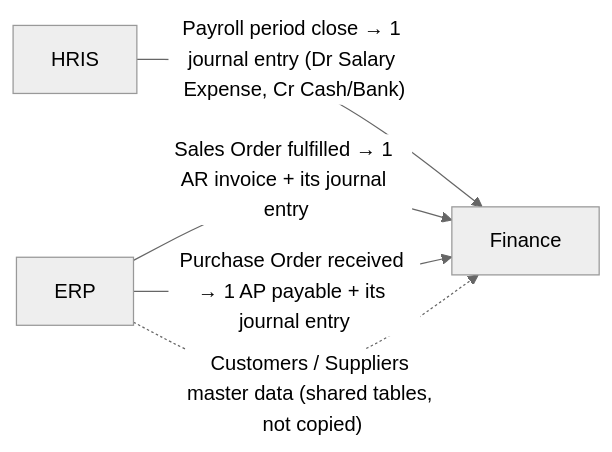
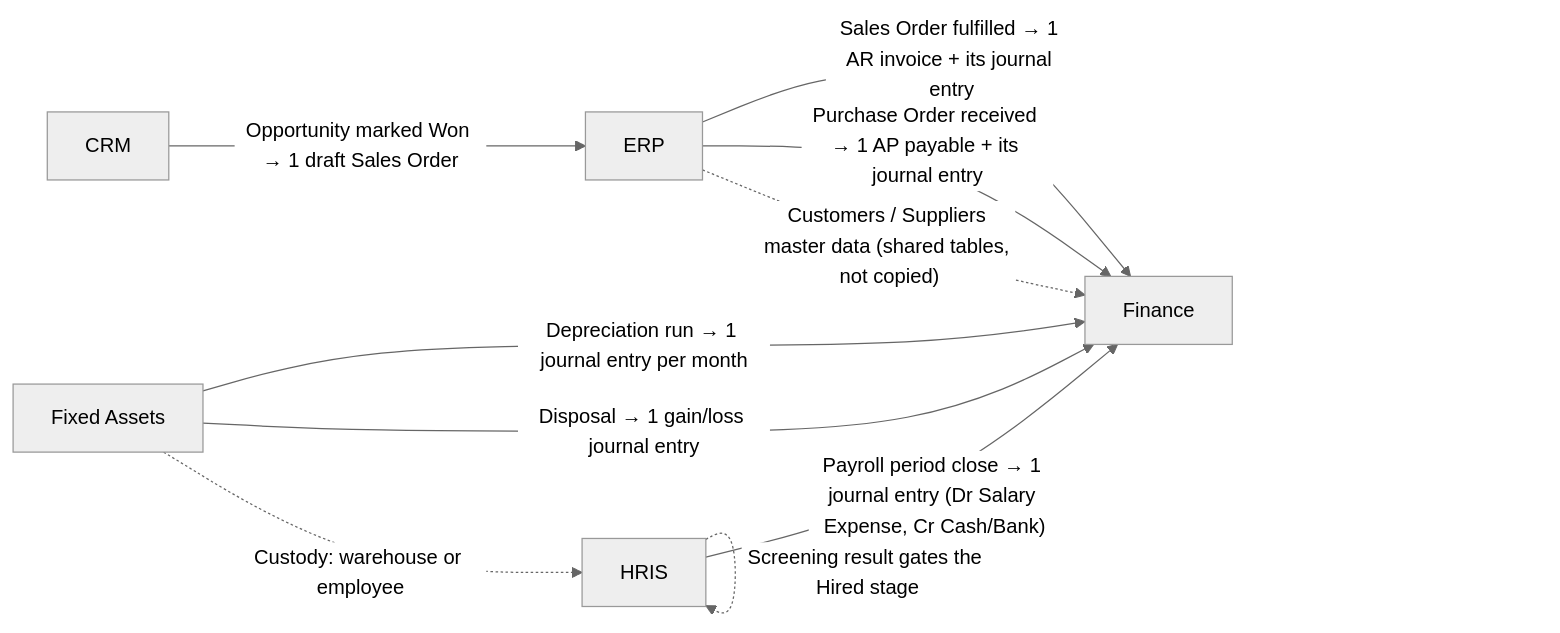
The first of 8 diagrams in docs/business-process.md (NanaBanana14/management-enterprise), drawn with Mermaid (neutral theme) before and after one commit. The commit also changed other lines of this file and 4 other files, not shown here.

````diff
--- a/docs/business-process.md
+++ b/docs/business-process.md
@@ -22,11 +25,18 @@
 ```mermaid
 flowchart LR
     HRIS[HRIS]
     ERP[ERP]
     FIN[Finance]
+    CRM[CRM]
+    ASSETS[Fixed Assets]
 
     HRIS -->|"Payroll period close → 1 journal entry (Dr Salary Expense, Cr Cash/Bank)"| FIN
     ERP -->|"Sales Order fulfilled → 1 AR invoice + its journal entry"| FIN
     ERP -->|"Purchase Order received → 1 AP payable + its journal entry"| FIN
     ERP -.->|"Customers / Suppliers master data (shared tables, not copied)"| FIN
+    CRM -->|"Opportunity marked Won → 1 draft Sales Order"| ERP
+    ASSETS -->|"Depreciation run → 1 journal entry per month"| FIN
+    ASSETS -->|"Disposal → 1 gain/loss journal entry"| FIN
+    ASSETS -.->|"Custody: warehouse or employee"| HRIS
+    HRIS -.->|"Screening result gates the Hired stage"| HRIS
 ```
````
